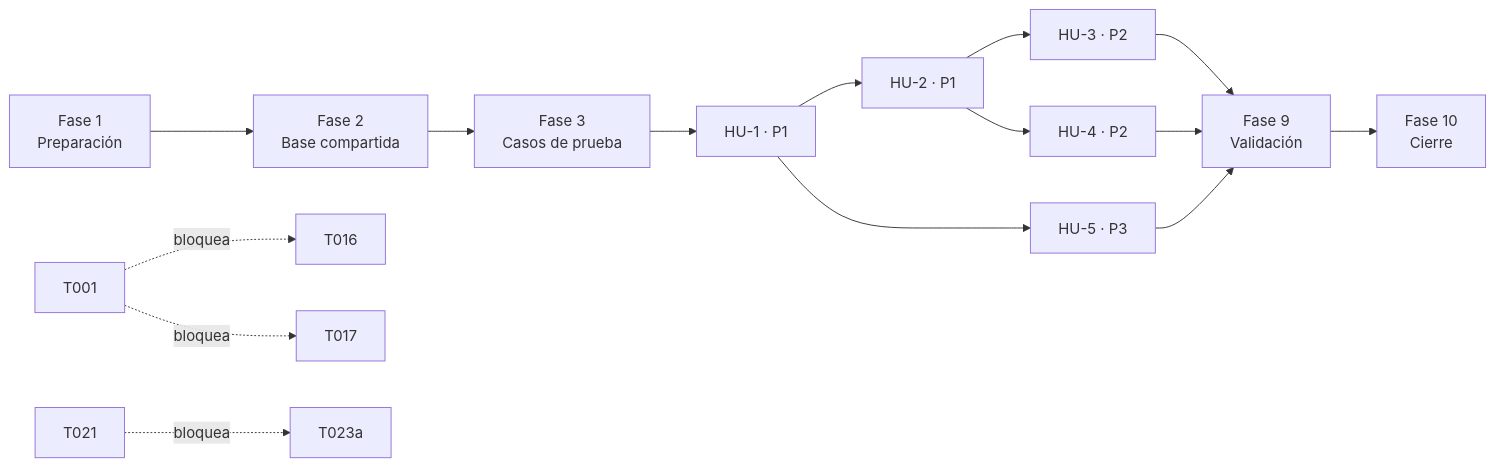
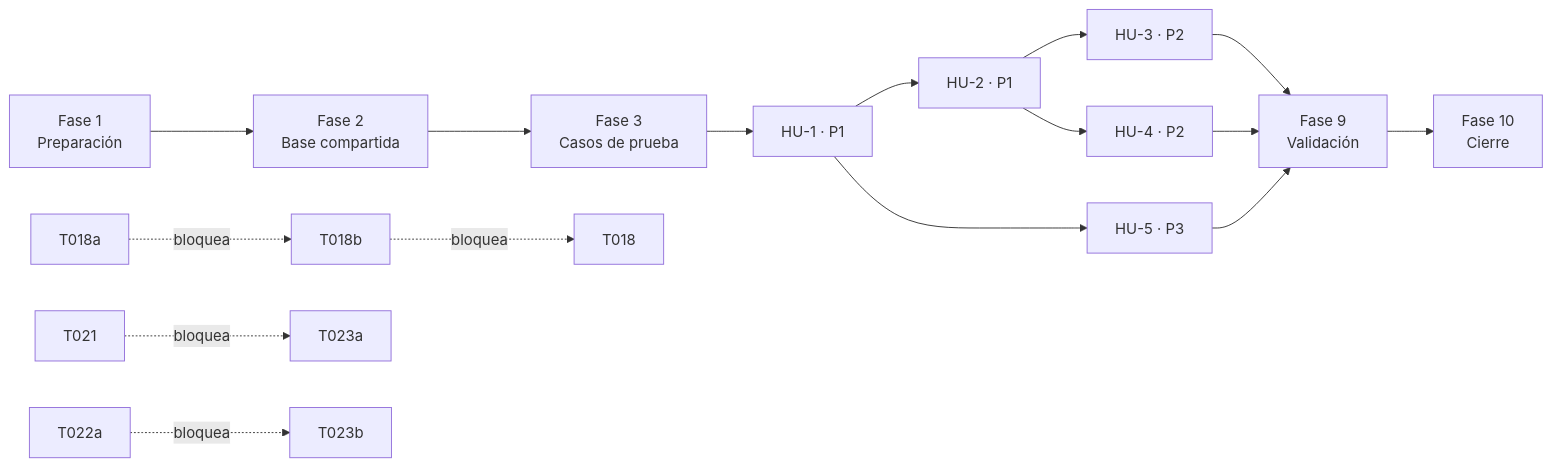
The diagram in specs/002-tipos-de-documentacion/tasks.md (dmoreno-d10a/VIDA), drawn with Mermaid before and after one commit. The commit also changed other lines of this file and 7 other files, not shown here.

````diff
--- a/specs/002-tipos-de-documentacion/tasks.md
+++ b/specs/002-tipos-de-documentacion/tasks.md
@@ -305,17 +366,18 @@
 ```mermaid
 flowchart LR
   F1[Fase 1<br/>Preparación] --> F2[Fase 2<br/>Base compartida]
   F2 --> F3[Fase 3<br/>Casos de prueba]
   F3 --> HU1[HU-1 · P1]
   HU1 --> HU2[HU-2 · P1]
   HU2 --> HU3[HU-3 · P2]
   HU2 --> HU4[HU-4 · P2]
   HU1 --> HU5[HU-5 · P3]
   HU3 --> V[Fase 9<br/>Validación]
   HU4 --> V
   HU5 --> V
   V --> C[Fase 10<br/>Cierre]
-  T001 -.bloquea.-> T016
-  T001 -.bloquea.-> T017
+  T018a -.bloquea.-> T018b
+  T018b -.bloquea.-> T018
   T021 -.bloquea.-> T023a
+  T022a -.bloquea.-> T023b
 ```
````
